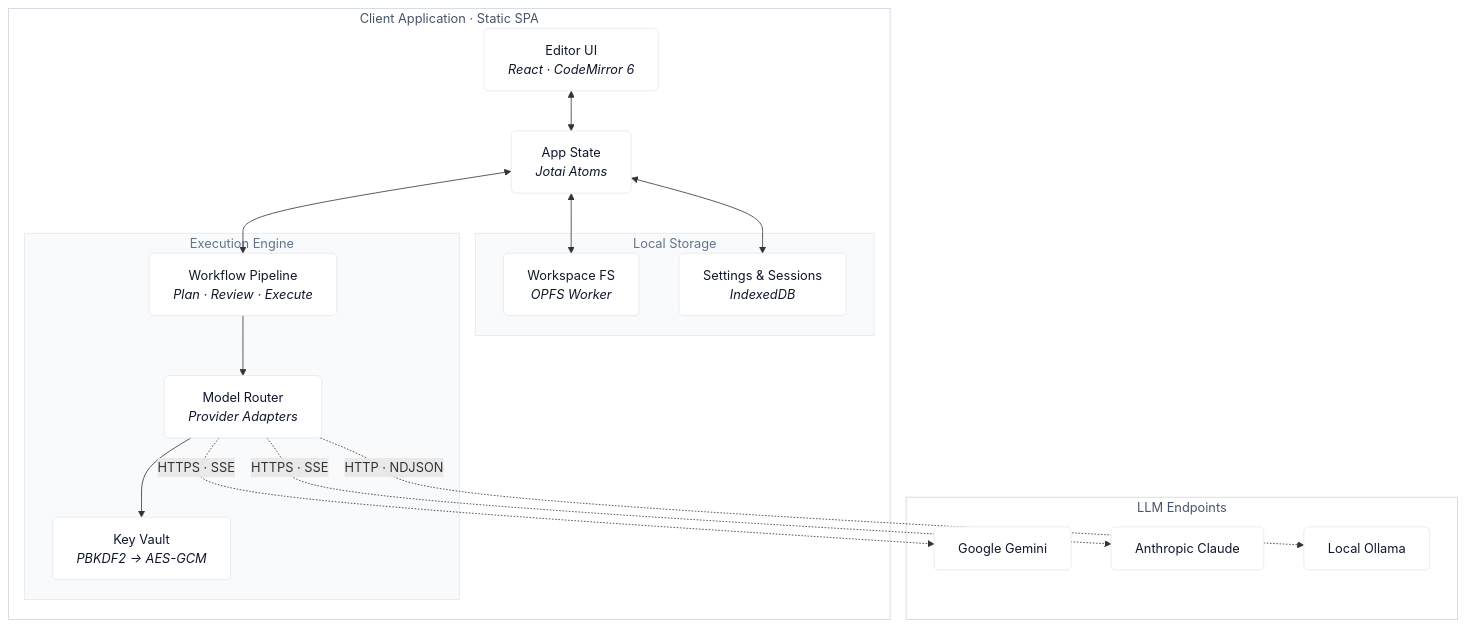
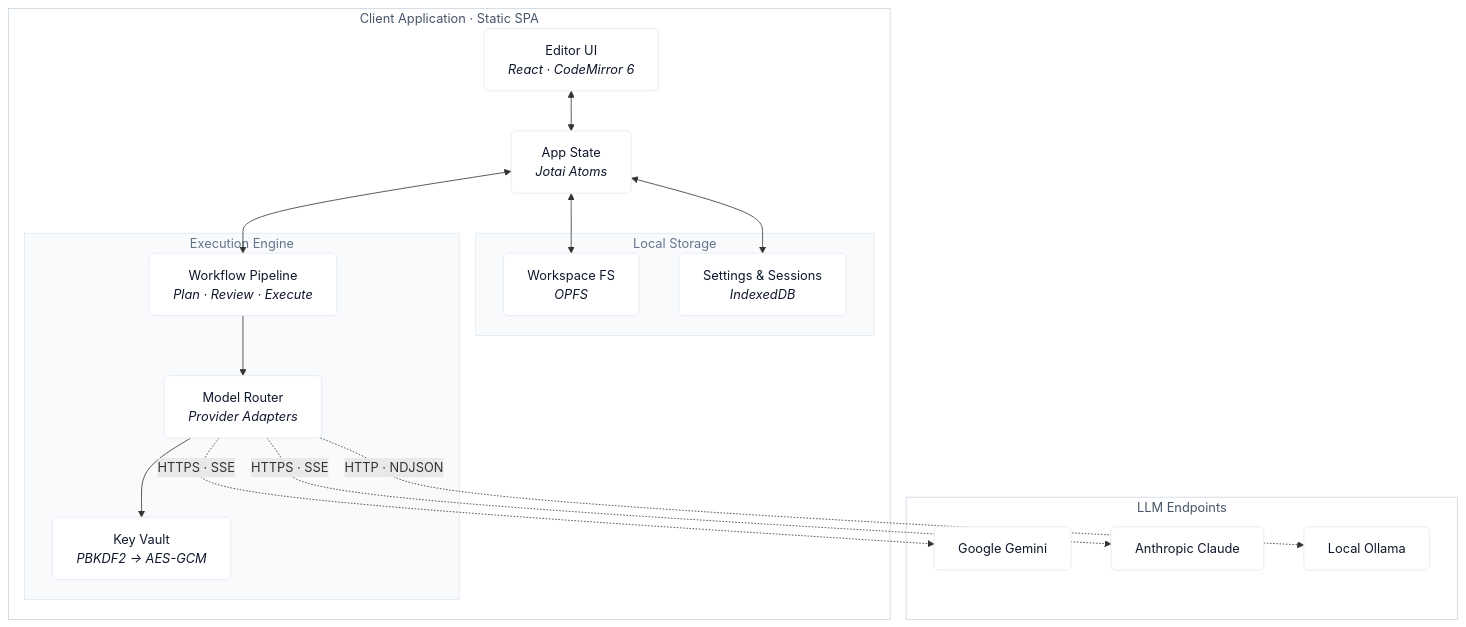
Before and after one commit to marespopa/daedaluside: the diagram in README.md, drawn with Mermaid. The commit also changed other lines of this file and 24 other files, not shown here.

````diff
--- a/README.md
+++ b/README.md
@@ -15,57 +15,57 @@
 ```mermaid
 %%{init: {
   'theme': 'base',
   'themeVariables': {
     'primaryColor': '#ffffff',
     'primaryTextColor': '#0f172a',
     'primaryBorderColor': '#e2e8f0',
     'lineColor': '#64748b',
     'secondaryColor': '#fafafa',
     'tertiaryColor': '#f8fafc',
     'fontFamily': 'ui-sans-serif, system-ui, -apple-system, BlinkMacSystemFont, "Segoe UI", Roboto, sans-serif',
     'fontSize': '12px'
   }
 }}%%
 graph TD
     subgraph Browser ["Client Application · Static SPA"]
         UI["Editor UI<br/><i>React · CodeMirror 6</i>"]
         State["App State<br/><i>Jotai Atoms</i>"]
         
         subgraph Storage ["Local Storage"]
-            FS["Workspace FS<br/><i>OPFS Worker</i>"]
+            FS["Workspace FS<br/><i>OPFS</i>"]
             IDB["Settings & Sessions<br/><i>IndexedDB</i>"]
         end
         
         subgraph Engine ["Execution Engine"]
             Pipeline["Workflow Pipeline<br/><i>Plan · Review · Execute</i>"]
             Router["Model Router<br/><i>Provider Adapters</i>"]
             Vault["Key Vault<br/><i>PBKDF2 → AES-GCM</i>"]
         end
 
         UI <--> State
         State <--> FS
         State <--> IDB
         State <--> Pipeline
         Pipeline --> Router
         Router --> Vault
     end
 
     subgraph Providers ["LLM Endpoints"]
         Gemini["Google Gemini"]
         Anthropic["Anthropic Claude"]
         Ollama["Local Ollama"]
     end
 
     Router -.->|"HTTPS · SSE"| Gemini
     Router -.->|"HTTPS · SSE"| Anthropic
     Router -.->|"HTTP · NDJSON"| Ollama
 
     classDef default fill:#ffffff,stroke:#e2e8f0,stroke-width:1px,color:#0f172a,rx:6px,ry:6px;
     classDef browserGroup fill:#ffffff,stroke:#cbd5e1,stroke-width:1px,color:#475569;
     classDef innerGroup fill:#f8fafc,stroke:#e2e8f0,stroke-width:1px,color:#64748b;
     classDef providerGroup fill:#ffffff,stroke:#cbd5e1,stroke-width:1px,color:#475569;
 
     class Browser browserGroup;
     class Storage,Engine innerGroup;
     class Providers providerGroup;
 ```
````
